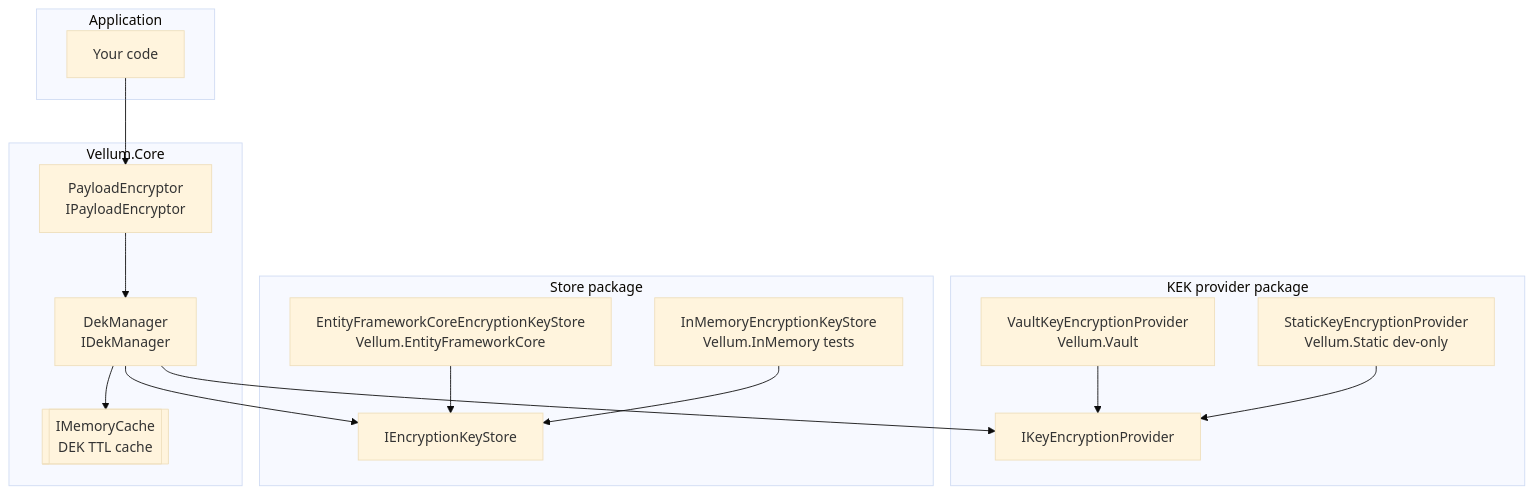
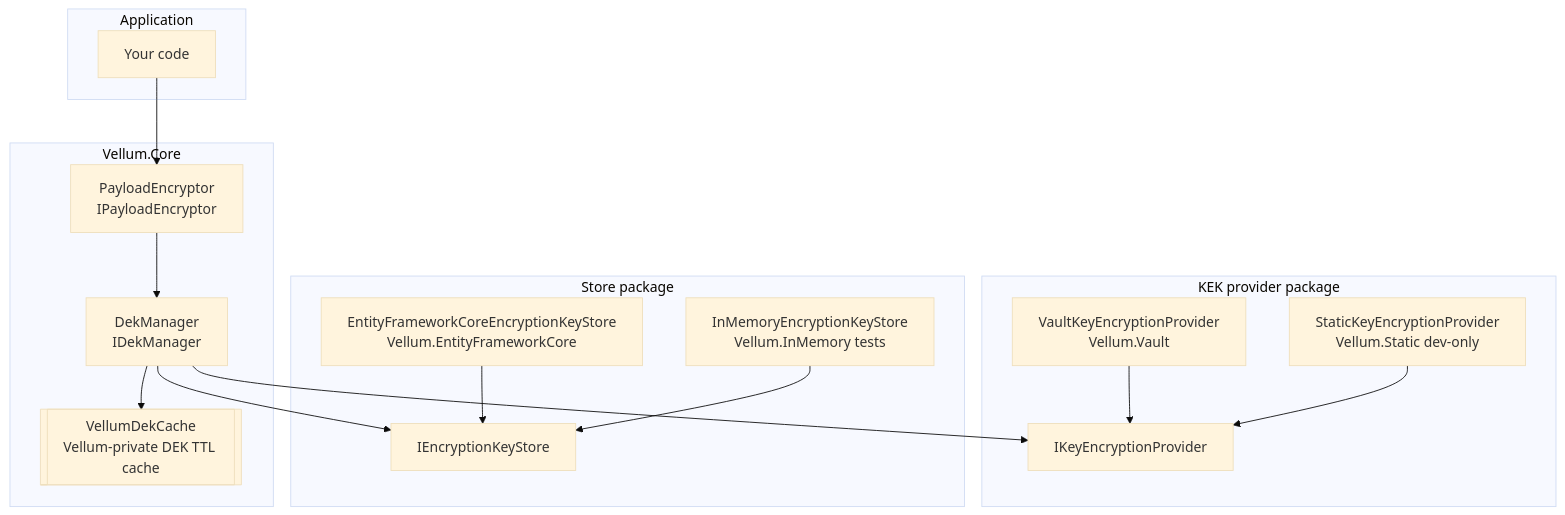
The second of 4 diagrams in docs/architecture.md (OkaySire/vellum), drawn with Mermaid (base theme) before and after one commit. The commit also changed other lines of this file and 12 other files, not shown here.

````diff
--- a/docs/architecture.md
+++ b/docs/architecture.md
@@ -50,30 +59,30 @@
 ```mermaid
 flowchart TB
     subgraph Application
         APP[Your code]
     end
     subgraph VellumCore[Vellum.Core]
         PE[PayloadEncryptor<br/>IPayloadEncryptor]
         DM[DekManager<br/>IDekManager]
-        CACHE[[IMemoryCache<br/>DEK TTL cache]]
+        CACHE[[VellumDekCache<br/>Vellum-private DEK TTL cache]]
     end
     subgraph Provider[KEK provider package]
         KEP[IKeyEncryptionProvider]
         VP[VaultKeyEncryptionProvider<br/>Vellum.Vault]
         SP[StaticKeyEncryptionProvider<br/>Vellum.Static dev-only]
     end
     subgraph Store[Store package]
         KS[IEncryptionKeyStore]
         EFS[EntityFrameworkCoreEncryptionKeyStore<br/>Vellum.EntityFrameworkCore]
         IMS[InMemoryEncryptionKeyStore<br/>Vellum.InMemory tests]
     end
     APP --> PE
     PE --> DM
     DM --> CACHE
     DM --> KEP
     DM --> KS
     VP --> KEP
     SP --> KEP
     EFS --> KS
     IMS --> KS
 ```
````
